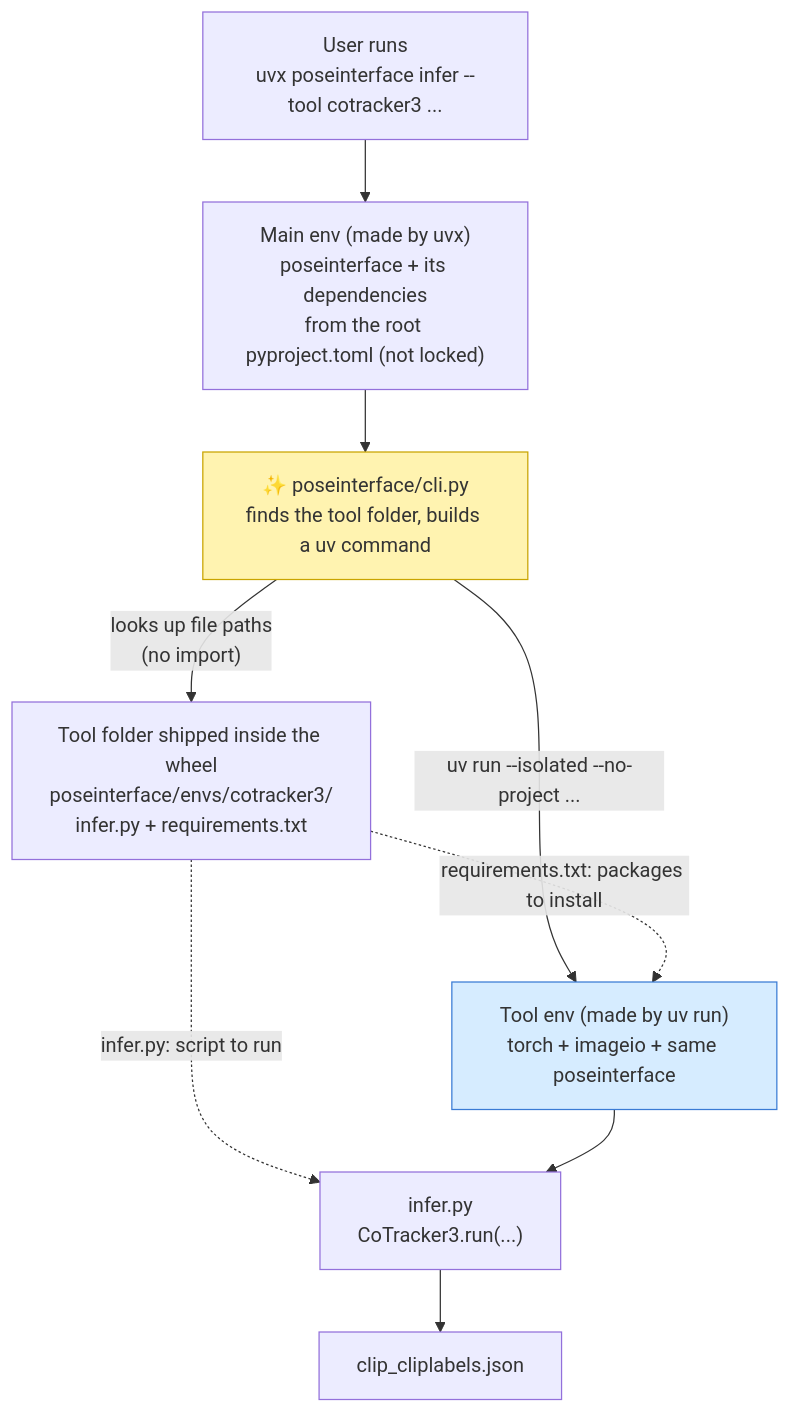
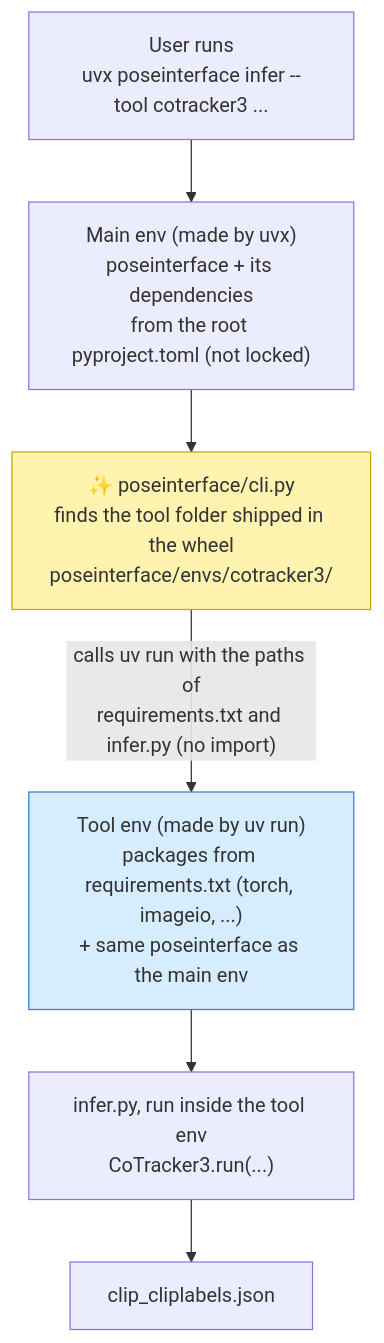
The first of 2 diagrams in proposal-uv-envs.md (neuroinformatics-unit/poseinterface), drawn with Mermaid before and after one commit. The commit also changed other lines of this file, not shown here.

Commit message:
Simplify diagram. Add uv lock committed. Review aspects 1 and 2

````diff
--- a/proposal-uv-envs.md
+++ b/proposal-uv-envs.md
@@ -31,24 +31,19 @@
 ```mermaid
 flowchart TD
     U["User runs<br/>uvx poseinterface infer --tool cotracker3 ..."]
     M["Main env (made by uvx)<br/>poseinterface + its dependencies<br/>from the root pyproject.toml (not locked)"]
-    D["✨ poseinterface/cli.py<br/>finds the tool folder, builds a uv command"]
-    B["Tool folder shipped inside the wheel<br/>poseinterface/envs/cotracker3/<br/>infer.py + requirements.txt"]
-    T["Tool env (made by uv run)<br/>torch + imageio + same poseinterface"]
-    W["infer.py<br/>CoTracker3.run(...)"]
+    D["✨ poseinterface/cli.py<br/>finds the tool folder shipped in the wheel<br/>poseinterface/envs/cotracker3/"]
+    T["Tool env (made by uv run)<br/>packages from requirements.txt (torch, imageio, ...)<br/>+ same poseinterface as the main env"]
+    W["infer.py, run inside the tool env<br/>CoTracker3.run(...)"]
     O["clip_cliplabels.json"]
 
     U --> M --> D
-    D -->|"looks up file paths<br/>(no import)"| B
-    D -->|"uv run --isolated --no-project ..."| T
-    B -.->|"requirements.txt: packages to install"| T
-    B -.->|"infer.py: script to run"| W
+    D -->|"calls uv run with the paths of<br/>requirements.txt and infer.py (no import)"| T
     T --> W --> O
 
     style D fill:#fff3b0,stroke:#c9a400
     style T fill:#d6ecff,stroke:#3a7bd5
 
     click D href "https://github.com/neuroinformatics-unit/poseinterface/blob/envs-management/poseinterface" _blank
-    click B href "https://github.com/neuroinformatics-unit/poseinterface/tree/envs-management/envs/cotracker3" _blank
     click W href "https://github.com/neuroinformatics-unit/poseinterface/blob/envs-management/envs/cotracker3/infer.py#L103" _blank
 ```
````
